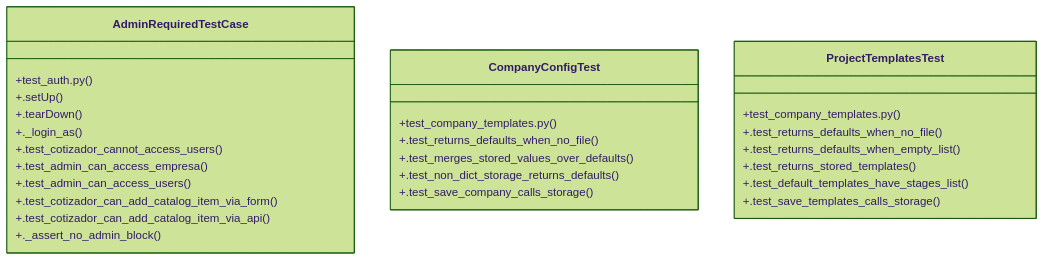
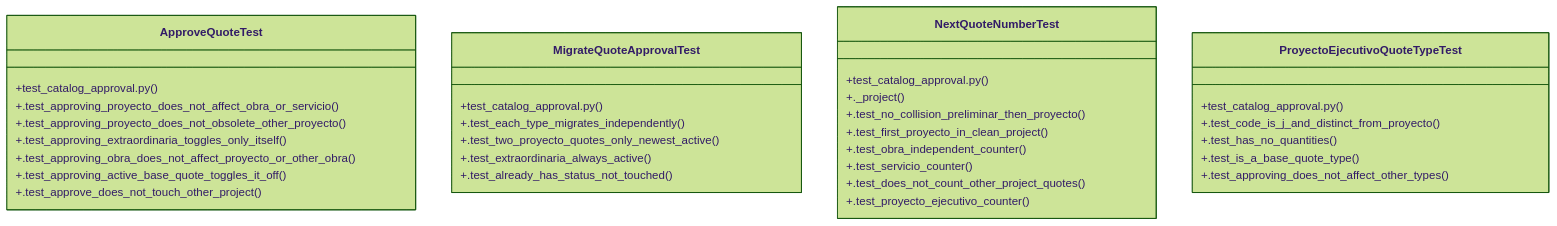
Before and after one commit to Daftrick/ProjectTracker: the diagram in graphify-out/wiki/Community_13.md, drawn with Mermaid (forest theme). The commit also changed other lines of this file and 471 other files, not shown here.

First line of the commit message:
v46.0 — Nuevo tipo de cotización "Proyecto Ejecutivo" sin cantidad ni unidad

````diff
--- a/graphify-out/wiki/Community_13.md
+++ b/graphify-out/wiki/Community_13.md
@@ -36,30 +36,36 @@
 ```mermaid
 classDiagram
-    class AdminRequiredTestCase {
-        +test_auth.py()
-        +.setUp()
-        +.tearDown()
-        +._login_as()
-        +.test_cotizador_cannot_access_users()
-        +.test_admin_can_access_empresa()
-        +.test_admin_can_access_users()
-        +.test_cotizador_can_add_catalog_item_via_form()
-        +.test_cotizador_can_add_catalog_item_via_api()
-        +._assert_no_admin_block()
+    class ApproveQuoteTest {
+        +test_catalog_approval.py()
+        +.test_approving_proyecto_does_not_affect_obra_or_servicio()
+        +.test_approving_proyecto_does_not_obsolete_other_proyecto()
+        +.test_approving_extraordinaria_toggles_only_itself()
+        +.test_approving_obra_does_not_affect_proyecto_or_other_obra()
+        +.test_approving_active_base_quote_toggles_it_off()
+        +.test_approve_does_not_touch_other_project()
     }
-    class CompanyConfigTest {
-        +test_company_templates.py()
-        +.test_returns_defaults_when_no_file()
-        +.test_merges_stored_values_over_defaults()
-        +.test_non_dict_storage_returns_defaults()
-        +.test_save_company_calls_storage()
+    class MigrateQuoteApprovalTest {
+        +test_catalog_approval.py()
+        +.test_each_type_migrates_independently()
+        +.test_two_proyecto_quotes_only_newest_active()
+        +.test_extraordinaria_always_active()
+        +.test_already_has_status_not_touched()
     }
-    class ProjectTemplatesTest {
-        +test_company_templates.py()
-        +.test_returns_defaults_when_no_file()
-        +.test_returns_defaults_when_empty_list()
-        +.test_returns_stored_templates()
-        +.test_default_templates_have_stages_list()
-        +.test_save_templates_calls_storage()
+    class NextQuoteNumberTest {
+        +test_catalog_approval.py()
+        +._project()
+        +.test_no_collision_preliminar_then_proyecto()
+        +.test_first_proyecto_in_clean_project()
+        +.test_obra_independent_counter()
+        +.test_servicio_counter()
+        +.test_does_not_count_other_project_quotes()
+        +.test_proyecto_ejecutivo_counter()
+    }
+    class ProyectoEjecutivoQuoteTypeTest {
+        +test_catalog_approval.py()
+        +.test_code_is_j_and_distinct_from_proyecto()
+        +.test_has_no_quantities()
+        +.test_is_a_base_quote_type()
+        +.test_approving_does_not_affect_other_types()
     }
 ```
````
